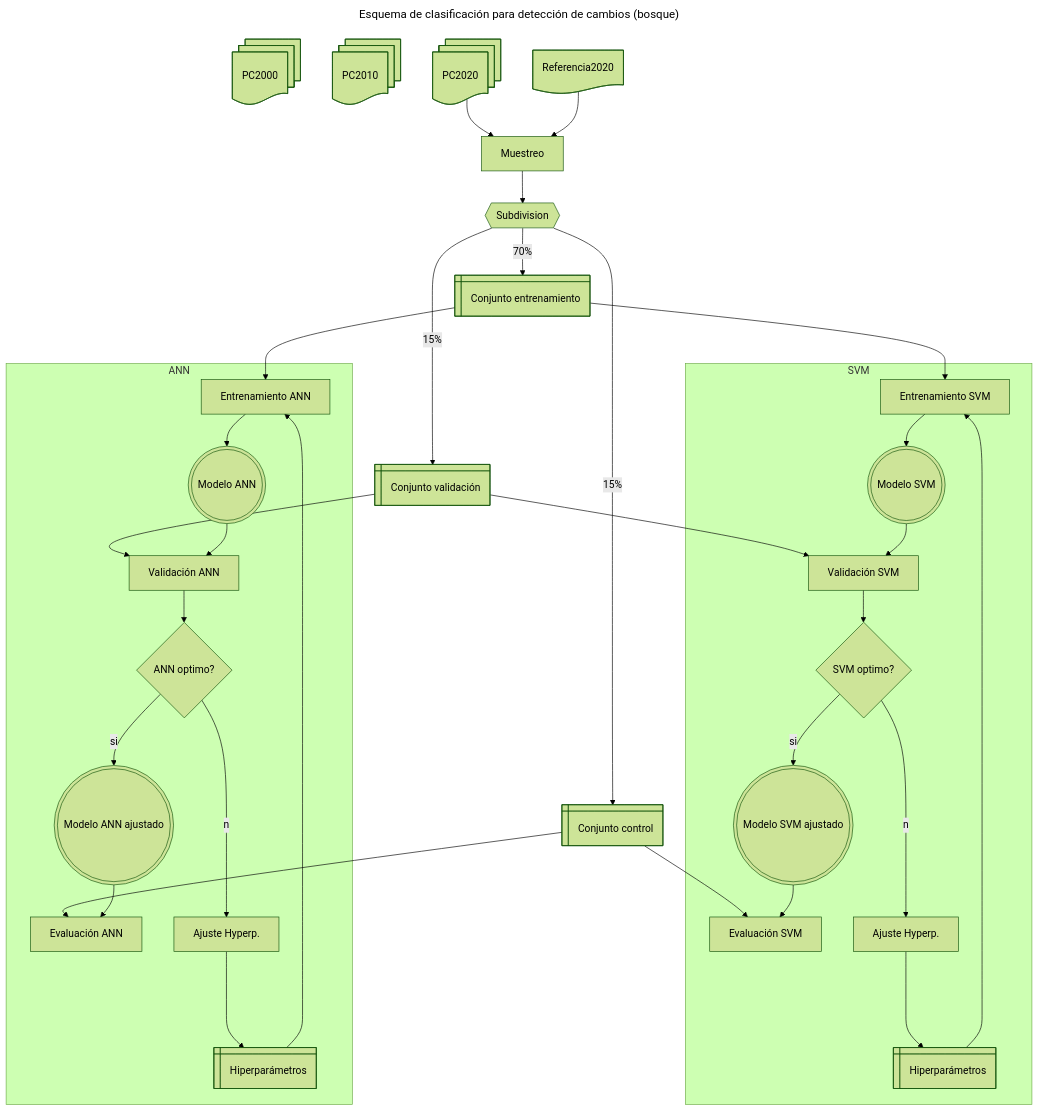
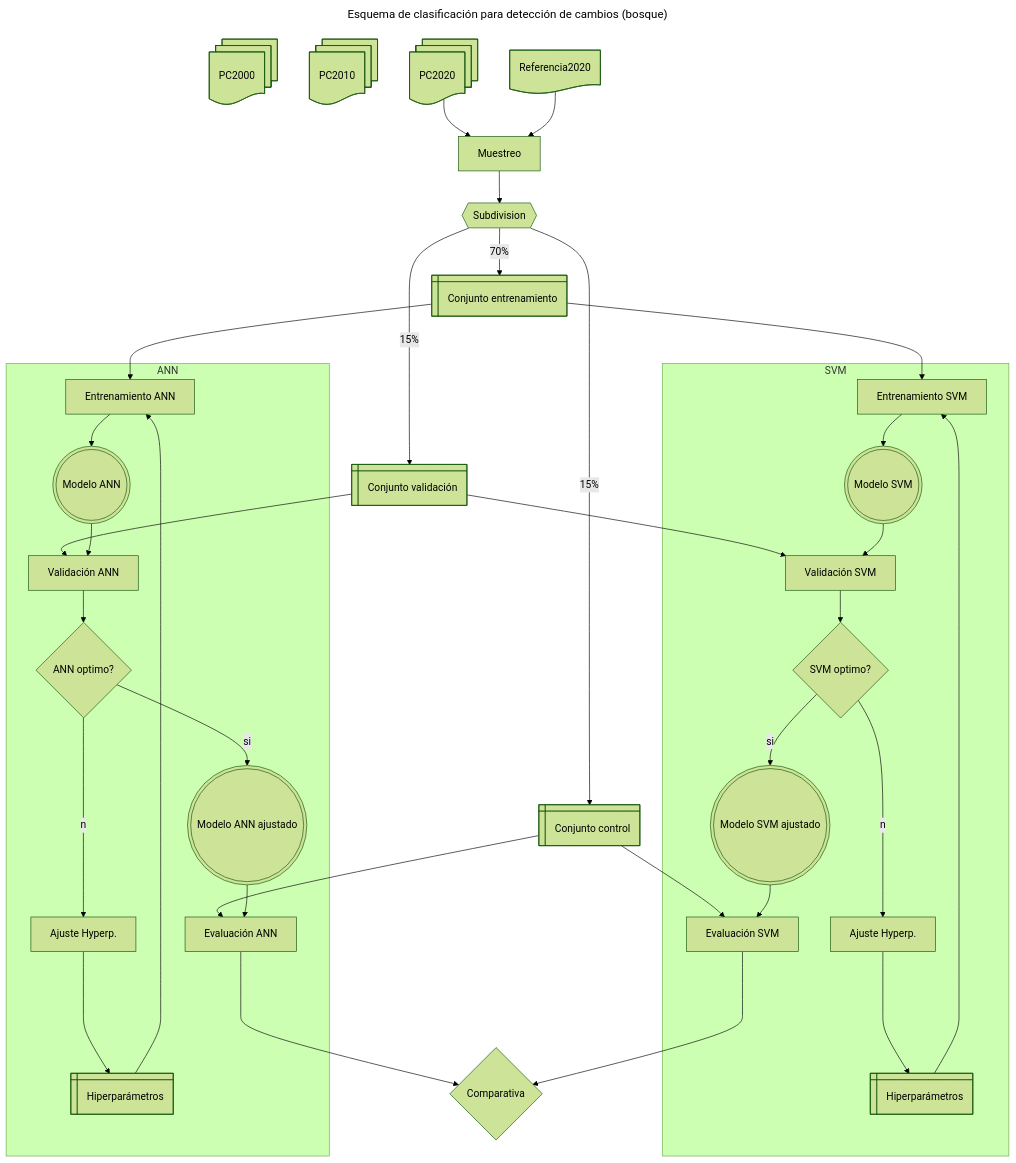
One commit to vshalisko/GEE changed the diagram in ANPs/Esquema_clasificacion.mermaid. Above: the diagram before and after it, drawn with Mermaid (forest theme).

```diff
--- a/ANPs/Esquema_clasificacion.mermaid
+++ b/ANPs/Esquema_clasificacion.mermaid
@@ -1,66 +1,70 @@
 ---
 title: Esquema de clasificación para detección de cambios (bosque)
 ---
 flowchart TD
     PC2000@{ shape: docs, label: PC2000}
     PC2010@{ shape: docs, label: PC2010}
     PC2020@{ shape: docs, label: PC2020}
     Ref2020@{ shape: doc, label: Referencia2020}
     Muestreo@{ shape: proc, label: Muestreo}
     Subset@{ shape: hex, label: Subdivision}
     Train2020@{ shape: win-pane, label: Conjunto entrenamiento}
     Test2020@{ shape: win-pane, label: Conjunto control}
     Valid2020@{ shape: win-pane, label: Conjunto validación}
 
     HyperparamSVM@{ shape: win-pane, label: Hiperparámetros}
     HyperparamANN@{ shape: win-pane, label: Hiperparámetros}
     TrainSVM@{ shape: proc, label: Entrenamiento SVM}
     TrainANN@{ shape: proc, label: Entrenamiento ANN}
     ModeloSVM@{ shape: double-circle, label: Modelo SVM}
     ModeloANN@{ shape: double-circle, label: Modelo ANN}
     ModeloSVMok@{ shape: double-circle, label: Modelo SVM ajustado}
     ModeloANNok@{ shape: double-circle, label: Modelo ANN ajustado}
     ValidSVM@{ shape: proc, label: Validación SVM}
     ValidANN@{ shape: proc, label: Validación ANN}
     OptimSVM@{ shape: diam, label: SVM optimo?}
     OptimANN@{ shape: diam, label: ANN optimo?}
     ControlSVM@{ shape: proc, label: Evaluación SVM}
     ControlANN@{ shape: proc, label: Evaluación ANN}
     AjusteHypSVM@{ shape: proc, label: Ajuste Hyperp.}
     AjusteHypANN@{ shape: proc, label: Ajuste Hyperp.}
+    Comparativa@{ shape: diam, label: Comparativa}
 
     PC2020 --> Muestreo
     Ref2020 --> Muestreo
     Muestreo --> Subset
     Subset --70%--> Train2020
     Subset --15%--> Test2020
     Subset --15%--> Valid2020
 
     Train2020 --> TrainSVM    
     Train2020 --> TrainANN    
     Valid2020 --> ValidSVM
     Valid2020 --> ValidANN
     Test2020 --> ControlSVM
     Test2020 --> ControlANN
 
     subgraph SVM
         HyperparamSVM ----> TrainSVM
         TrainSVM --> ModeloSVM
         ModeloSVM --> ValidSVM
         ValidSVM --> OptimSVM
         OptimSVM --si--> ModeloSVMok
         OptimSVM --no--> AjusteHypSVM
         AjusteHypSVM ----> HyperparamSVM
         ModeloSVMok --> ControlSVM
     end
 
     subgraph ANN
         HyperparamANN ----> TrainANN
         TrainANN --> ModeloANN
         ModeloANN --> ValidANN
         ValidANN --> OptimANN
         OptimANN --si--> ModeloANNok
         OptimANN --no--> AjusteHypANN
         AjusteHypANN ----> HyperparamANN
         ModeloANNok --> ControlANN
     end
+
+    ControlANN ----> Comparativa
+    ControlSVM ----> Comparativa
```
